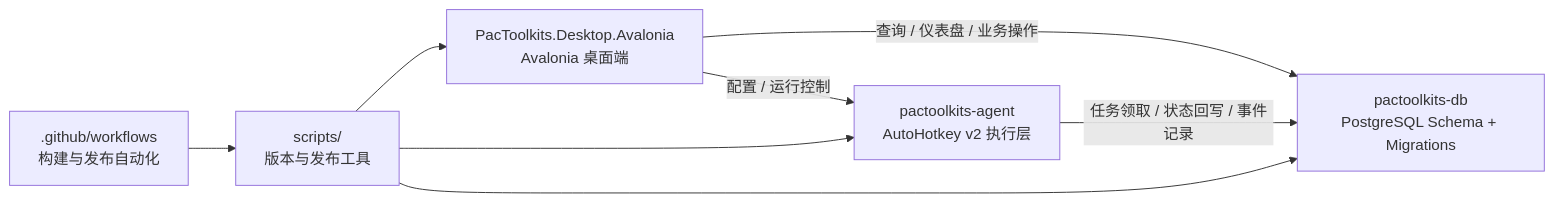
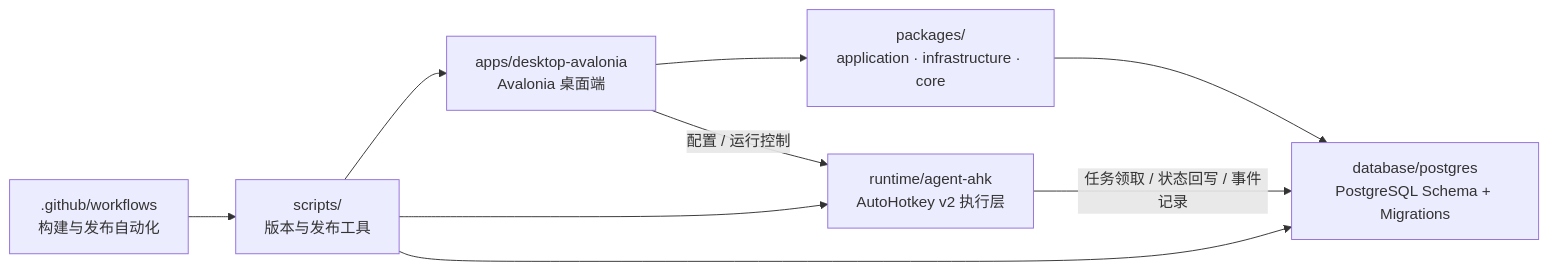
One commit to pacmandoh/pactoolkits changed the diagram in README.zh-CN.md. Above: the diagram before and after it, drawn with Mermaid. The commit also changed other lines of this file and 24 other files, not shown here.

````diff
--- a/README.zh-CN.md
+++ b/README.zh-CN.md
@@ -112,16 +115,18 @@
 ```mermaid
 flowchart LR
-    UI["PacToolkits.Desktop.Avalonia\nAvalonia 桌面端"]
-    AGENT["pactoolkits-agent\nAutoHotkey v2 执行层"]
-    DB["pactoolkits-db\nPostgreSQL Schema + Migrations"]
+    UI["apps/desktop-avalonia\nAvalonia 桌面端"]
+    PKG["packages/\napplication · infrastructure · core"]
+    AGENT["runtime/agent-ahk\nAutoHotkey v2 执行层"]
+    DB["database/postgres\nPostgreSQL Schema + Migrations"]
     SCRIPTS["scripts/\n版本与发布工具"]
     CI[".github/workflows\n构建与发布自动化"]
 
+    UI --> PKG
     UI -->|配置 / 运行控制| AGENT
-    UI -->|查询 / 仪表盘 / 业务操作| DB
     AGENT -->|任务领取 / 状态回写 / 事件记录| DB
+    PKG --> DB
     SCRIPTS --> UI
     SCRIPTS --> AGENT
     SCRIPTS --> DB
     CI --> SCRIPTS
 ```
````
